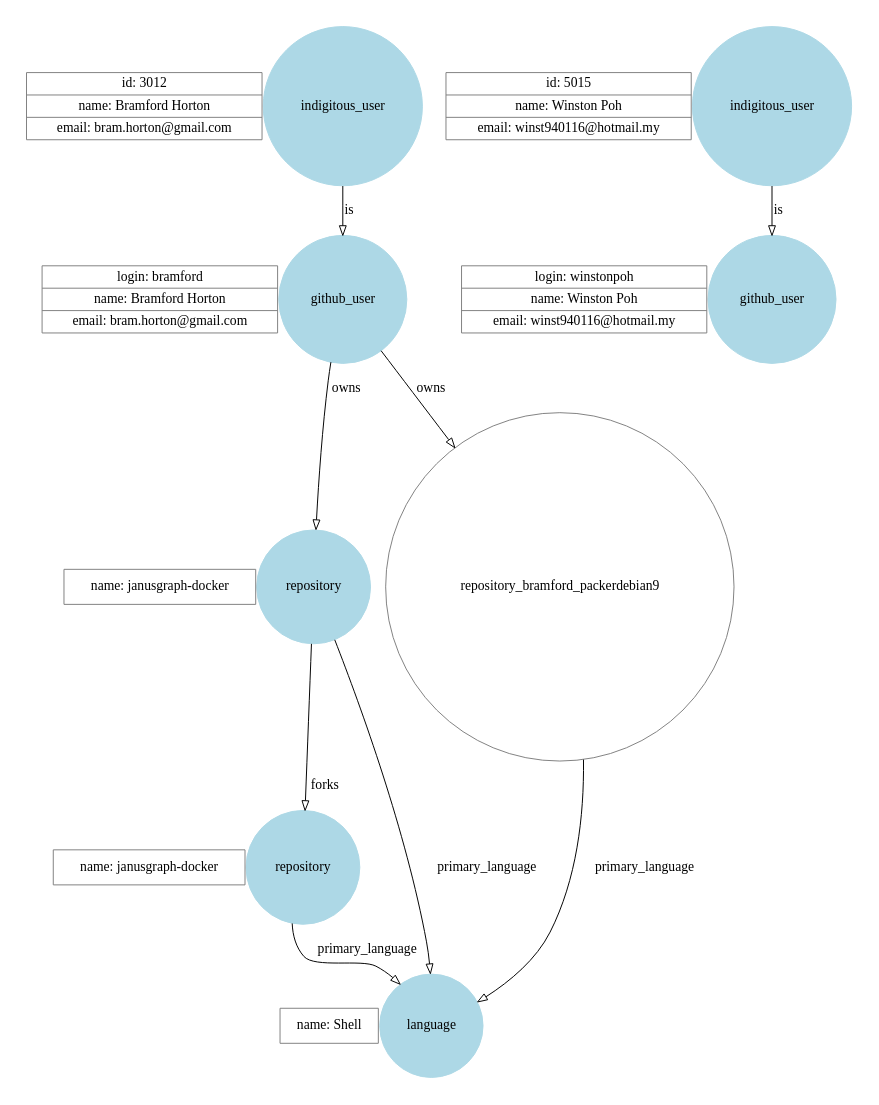
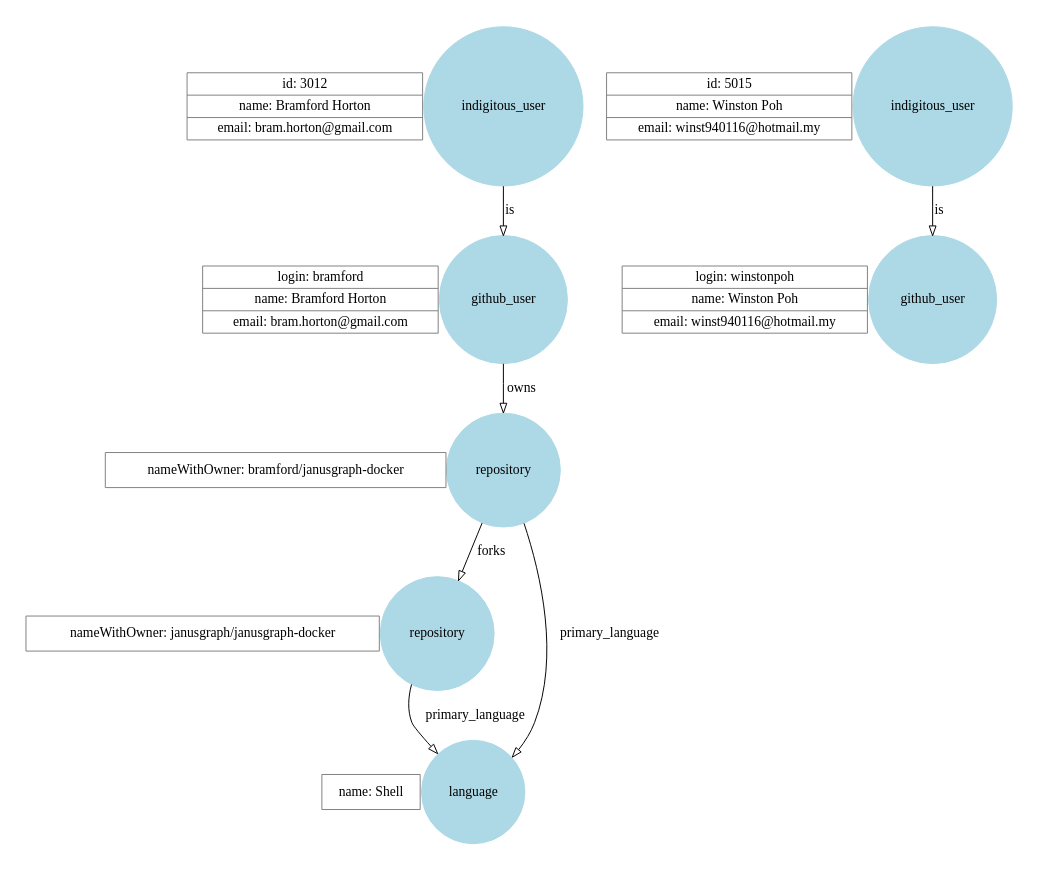
Before and after one commit to indigitous-akl/hack-2019-project: the diagram in schema.dot, drawn with Graphviz. The commit also changed 1 other file, not shown here.

Commit message:
Update schema and dot diagram

```diff
--- a/schema.dot
+++ b/schema.dot
@@ -1,65 +1,63 @@
 
 graph G {
 
     node [
         shape=circle
         color=grey
         fontsize=14
     ]
 
     graph [
         style=invis
         nodesep=0
     ]
 
     subgraph cluster_1000 {
         indigitous_user_bramford_horton [label="indigitous_user" style=filled color=lightblue]
         indigitous_user_bramford_horton_properties [shape=record label="{id: 3012|name: Bramford Horton|email: bram.horton@gmail.com}"]
     }
 
     subgraph cluster_1001 {
         indigitous_user_winston_poh [label="indigitous_user" style=filled color=lightblue]
         indigitous_user_winston_poh_properties [shape=record label="{id: 5015|name: Winston Poh|email: winst940116@hotmail.my}"]
     }
 
     subgraph cluster_2000 {
         github_user_bramford [label="github_user" style=filled color=lightblue]
         github_user_bramford_properties [shape=record label="{login: bramford|name: Bramford Horton|email: bram.horton@gmail.com}"]
     }
 
     subgraph cluster_2001 {
         github_user_winstonpoh [label="github_user" style=filled color=lightblue]
         github_user_winstonpoh_properties [shape=record label="{login: winstonpoh|name: Winston Poh|email: winst940116@hotmail.my}"]
     }
 
     subgraph cluster_3001 {
         repository_bramford_JanusGraph [label="repository" style=filled color=lightblue]
-        repository_bramford_JanusGraph_properties [shape=record label="{name: janusgraph-docker}"]
+        repository_bramford_JanusGraph_properties [shape=record label="{nameWithOwner: bramford/janusgraph-docker}"]
     }
 
     subgraph cluster_3002 {
         repository_JanusGraph_JanusGraph [label="repository" style=filled color=lightblue]
-        repository_JanusGraph_JanusGraph_properties [shape=record label="{name: janusgraph-docker}"]
+        repository_JanusGraph_JanusGraph_properties [shape=record label="{nameWithOwner: janusgraph/janusgraph-docker}"]
     }
 
     subgraph cluster_4001 {
         language_shell [label="language" style=filled color=lightblue]
         language_shell_properties [shape=record label="{name: Shell}"]
     }
 
     {
         edge [
             fontsize=14
             dir=forward
         ]
 
         indigitous_user_bramford_horton -- github_user_bramford [label="is" arrowhead=empty]
         indigitous_user_winston_poh -- github_user_winstonpoh [label="is" arrowhead=empty]
         github_user_bramford -- repository_bramford_JanusGraph [label="owns" arrowhead=empty]
         repository_bramford_JanusGraph -- language_shell [label="primary_language" arrowhead=empty]
         repository_bramford_JanusGraph -- repository_JanusGraph_JanusGraph [label="forks" arrowhead=empty]
         repository_JanusGraph_JanusGraph -- language_shell [label="primary_language" arrowhead=empty]
-        github_user_bramford -- repository_bramford_packerdebian9 [label="owns" arrowhead=empty]
-        repository_bramford_packerdebian9 -- language_shell [label="primary_language" arrowhead=empty]
     }
 }
```
